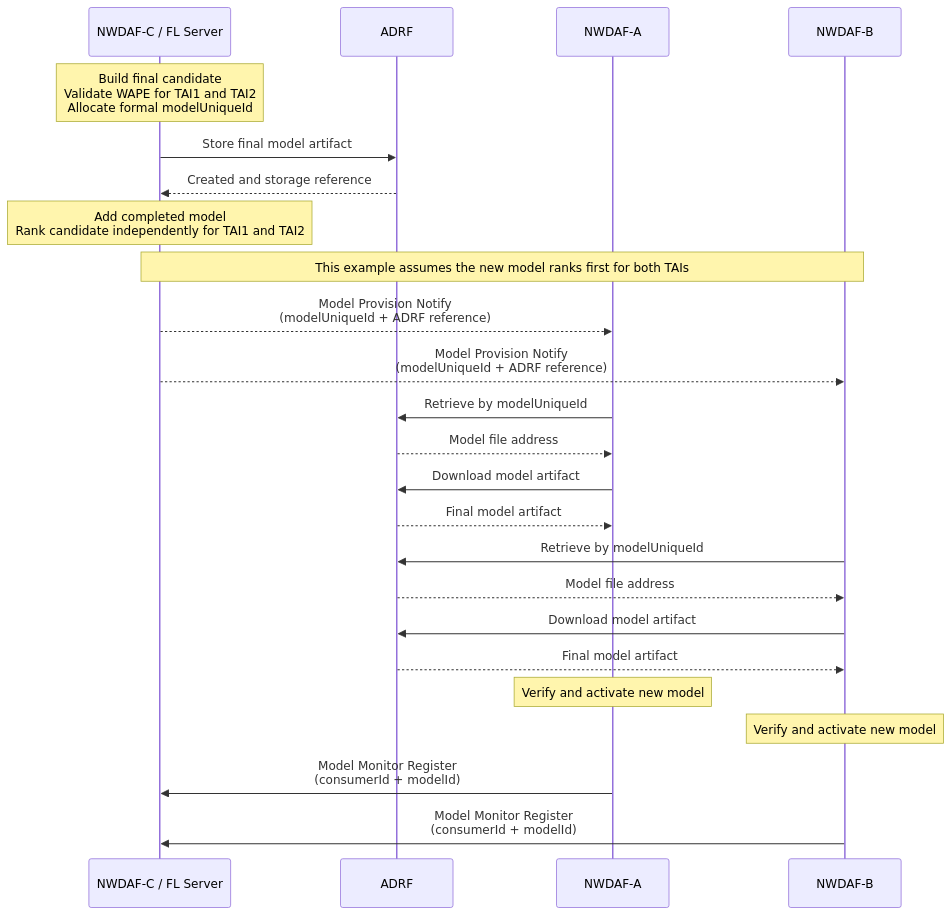
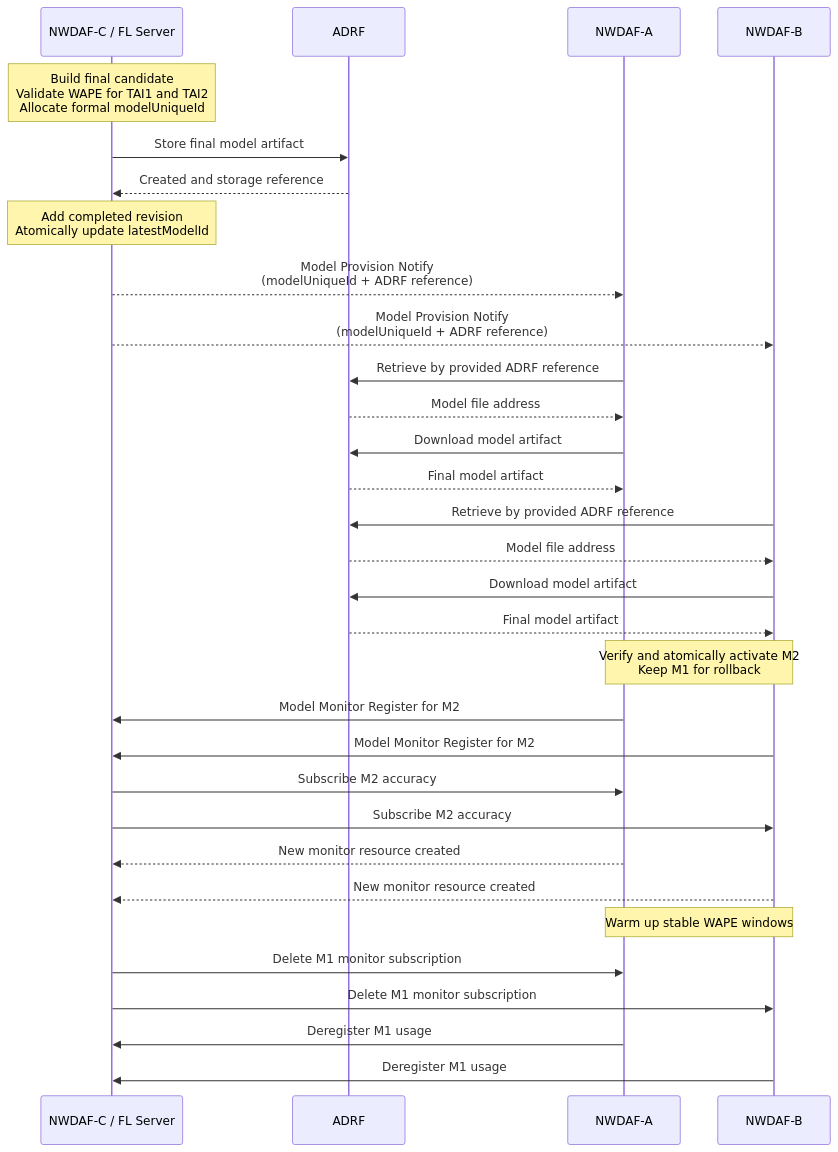
One commit to ChingJe/nwdaf-docs changed the eighth of 9 diagrams in docs/notes/distributed/overview/federated_retraining_meeting_overview.md. Above: the diagram before and after it, drawn with Mermaid. The commit also changed other lines of this file and 1 other file, not shown here.

First line of the commit message:
docs(fl): complete distributed model lifecycle

````diff
--- a/docs/notes/distributed/overview/federated_retraining_meeting_overview.md
+++ b/docs/notes/distributed/overview/federated_retraining_meeting_overview.md
@@ -166,27 +219,34 @@
 ```mermaid
 sequenceDiagram
     participant C as NWDAF-C / FL Server
     participant ADRF as ADRF
     participant A as NWDAF-A
     participant B as NWDAF-B
 
     Note over C: Build final candidate<br/>Validate WAPE for TAI1 and TAI2<br/>Allocate formal modelUniqueId
     C->>ADRF: Store final model artifact
     ADRF-->>C: Created and storage reference
-    Note over C: Add completed model<br/>Rank candidate independently for TAI1 and TAI2
-    Note over C,B: This example assumes the new model ranks first for both TAIs
+    Note over C: Add completed revision<br/>Atomically update latestModelId
     C-->>A: Model Provision Notify<br/>(modelUniqueId + ADRF reference)
     C-->>B: Model Provision Notify<br/>(modelUniqueId + ADRF reference)
-    A->>ADRF: Retrieve by modelUniqueId
+    A->>ADRF: Retrieve by provided ADRF reference
     ADRF-->>A: Model file address
     A->>ADRF: Download model artifact
     ADRF-->>A: Final model artifact
-    B->>ADRF: Retrieve by modelUniqueId
+    B->>ADRF: Retrieve by provided ADRF reference
     ADRF-->>B: Model file address
     B->>ADRF: Download model artifact
     ADRF-->>B: Final model artifact
-    Note over A: Verify and activate new model
-    Note over B: Verify and activate new model
-    A->>C: Model Monitor Register<br/>(consumerId + modelId)
-    B->>C: Model Monitor Register<br/>(consumerId + modelId)
+    Note over A,B: Verify and atomically activate M2<br/>Keep M1 for rollback
+    A->>C: Model Monitor Register for M2
+    B->>C: Model Monitor Register for M2
+    C->>A: Subscribe M2 accuracy
+    C->>B: Subscribe M2 accuracy
+    A-->>C: New monitor resource created
+    B-->>C: New monitor resource created
+    Note over A,B: Warm up stable WAPE windows
+    C->>A: Delete M1 monitor subscription
+    C->>B: Delete M1 monitor subscription
+    A->>C: Deregister M1 usage
+    B->>C: Deregister M1 usage
 ```
````
